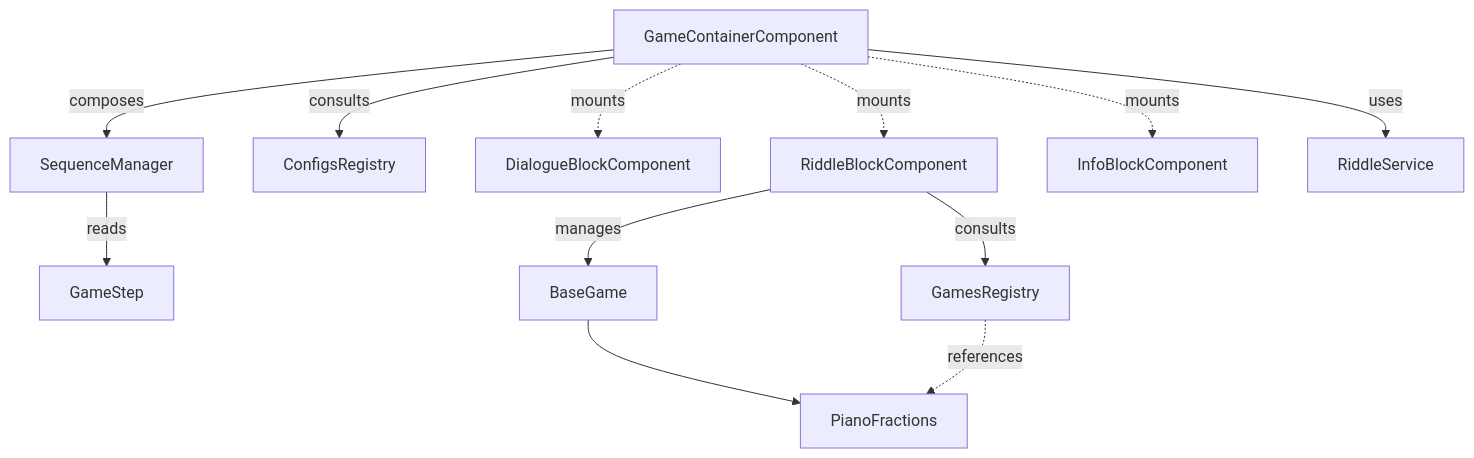
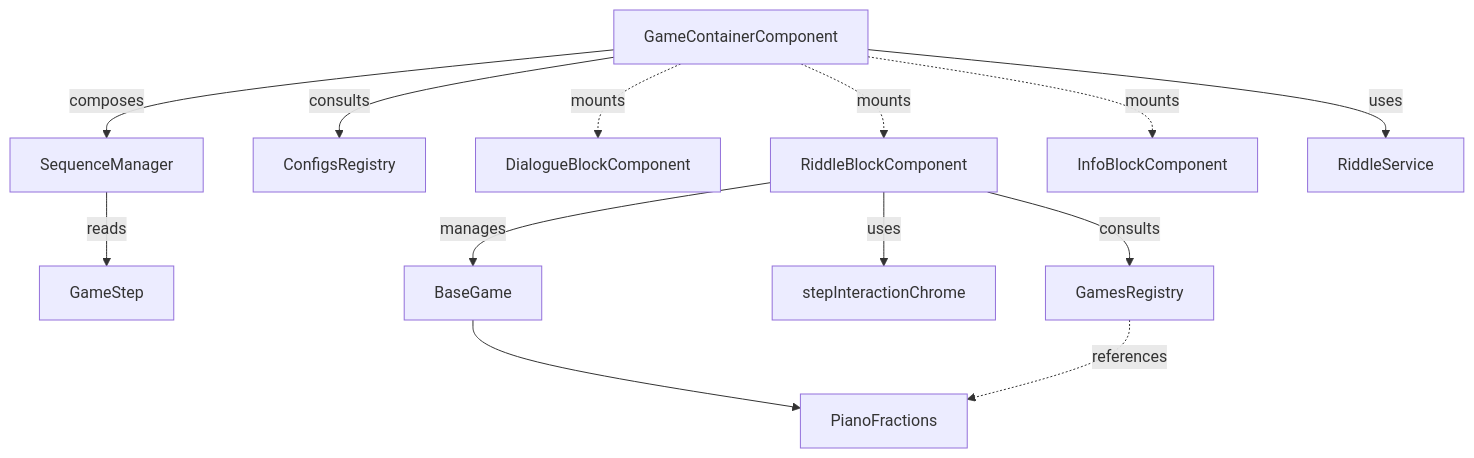
One commit to Vassili-REGNIER/matheopolis changed the diagram in .ai/architecture/frontend/game-engine.md. Above: the diagram before and after it, drawn with Mermaid. The commit also changed other lines of this file and 8 other files, not shown here.

First line of the commit message:
feat: enhance RiddleBlockComponent and game scenarios for improved practice mode

````diff
--- a/.ai/architecture/frontend/game-engine.md
+++ b/.ai/architecture/frontend/game-engine.md
@@ -105,14 +125,15 @@
 ```mermaid
 flowchart TD
   GameContainerComponent -->|composes| SequenceManager
   SequenceManager -->|reads| GameStep
   GameContainerComponent -->|consults| ConfigsRegistry
   GameContainerComponent -.->|mounts| DialogueBlockComponent
   GameContainerComponent -.->|mounts| RiddleBlockComponent
   GameContainerComponent -.->|mounts| InfoBlockComponent
   GameContainerComponent -->|uses| RiddleService
   RiddleBlockComponent -->|manages| BaseGame
+  RiddleBlockComponent -->|uses| stepInteractionChrome
   RiddleBlockComponent -->|consults| GamesRegistry
   BaseGame --> PianoFractions
   GamesRegistry -.->|references| PianoFractions
 ```
````
